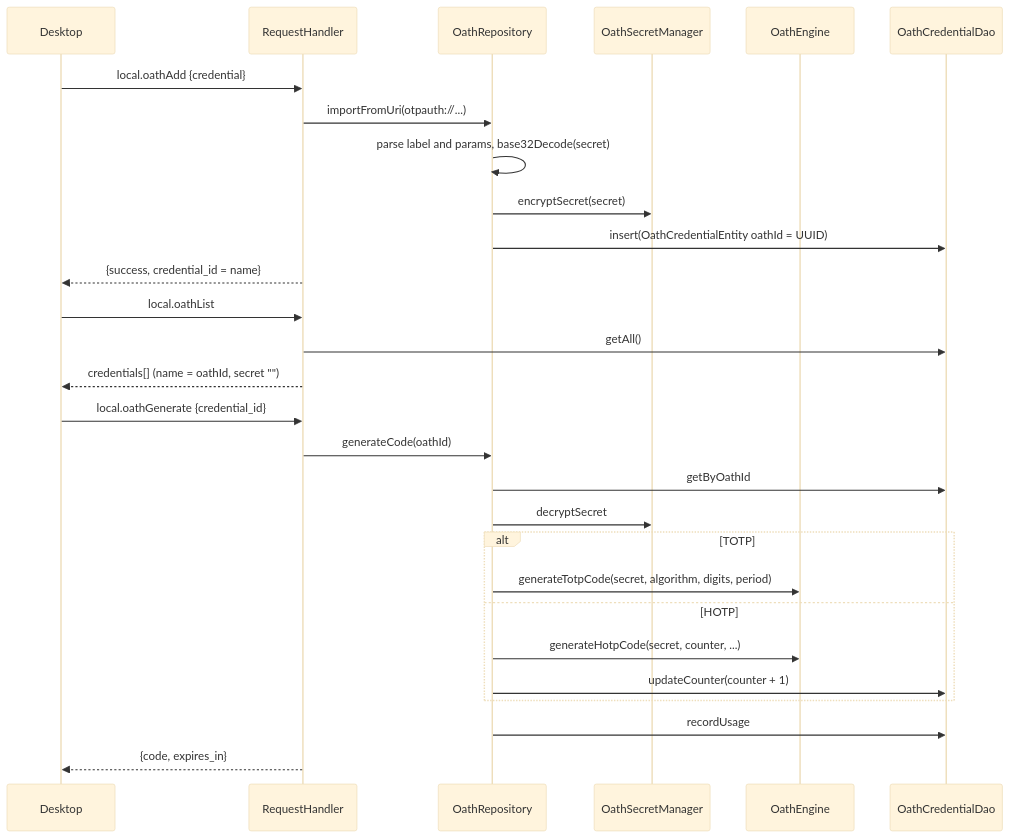
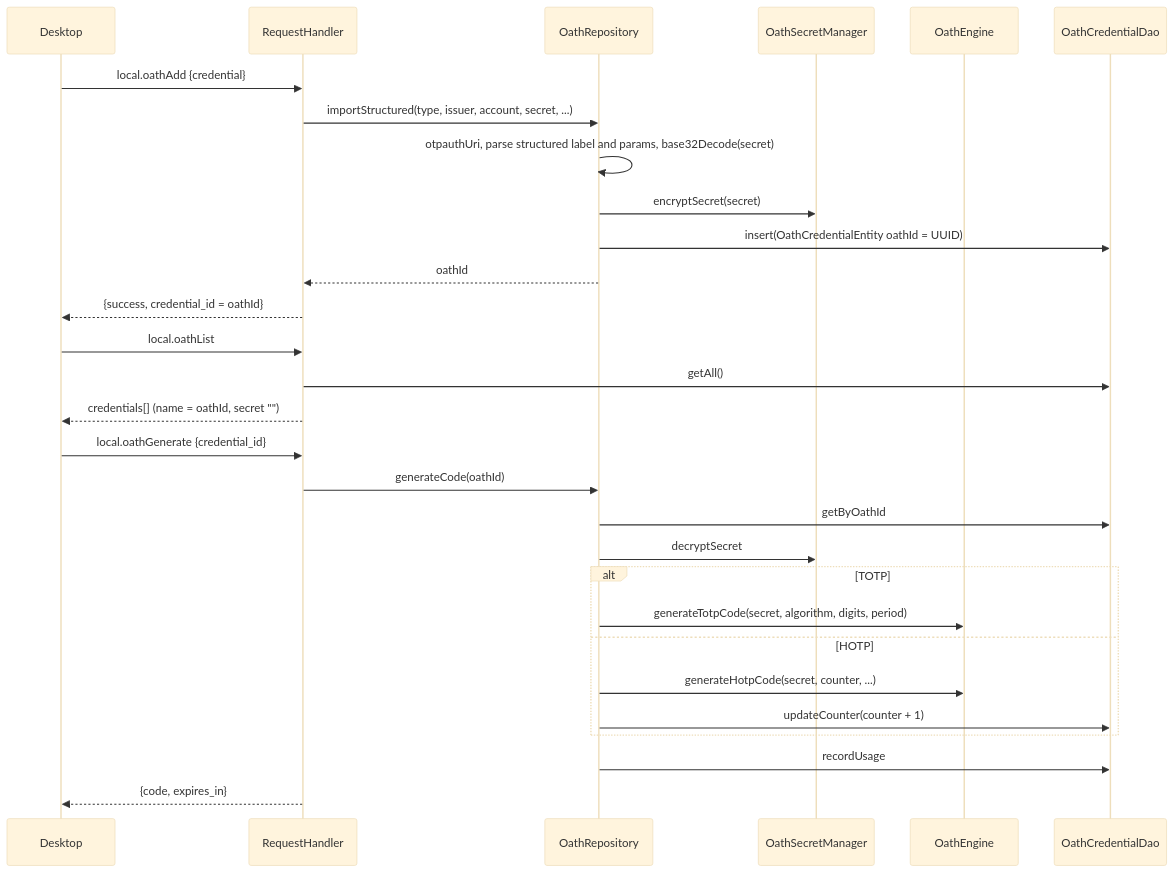
Before and after one commit to jeremyhahn/xkey-android: the diagram in docs/oath/architecture.md, drawn with Mermaid (base theme). The commit also changed other lines of this file and 11 other files, not shown here.

First line of the commit message:
oath: local.oathAdd encodes the label and returns the stored id (#247)

````diff
--- a/docs/oath/architecture.md
+++ b/docs/oath/architecture.md
@@ -53,33 +66,34 @@
 ```mermaid
 sequenceDiagram
     participant D as Desktop
     participant H as RequestHandler
     participant R as OathRepository
     participant SM as OathSecretManager
     participant E as OathEngine
     participant DB as OathCredentialDao
 
     D->>H: local.oathAdd {credential}
-    H->>R: importFromUri(otpauth://...)
-    R->>R: parse label and params, base32Decode(secret)
+    H->>R: importStructured(type, issuer, account, secret, ...)
+    R->>R: otpauthUri, parse structured label and params, base32Decode(secret)
     R->>SM: encryptSecret(secret)
     R->>DB: insert(OathCredentialEntity oathId = UUID)
-    H-->>D: {success, credential_id = name}
+    R-->>H: oathId
+    H-->>D: {success, credential_id = oathId}
 
     D->>H: local.oathList
     H->>DB: getAll()
     H-->>D: credentials[] (name = oathId, secret "")
 
     D->>H: local.oathGenerate {credential_id}
     H->>R: generateCode(oathId)
     R->>DB: getByOathId
     R->>SM: decryptSecret
     alt TOTP
         R->>E: generateTotpCode(secret, algorithm, digits, period)
     else HOTP
         R->>E: generateHotpCode(secret, counter, ...)
         R->>DB: updateCounter(counter + 1)
     end
     R->>DB: recordUsage
     H-->>D: {code, expires_in}
 ```
````
